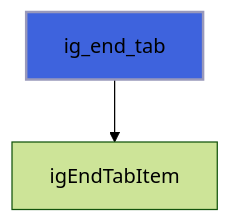
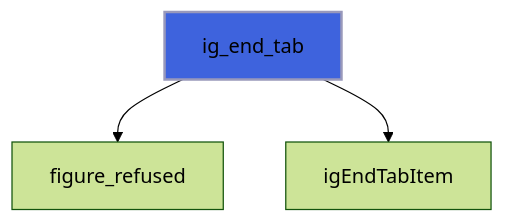
The eighth of 26 diagrams in docs/api/src/lib/figure_group.md (szaghi/figure), drawn with Mermaid (forest theme) before and after one commit. The commit also changed other lines of this file and 10 other files, not shown here.

````diff
--- a/docs/api/src/lib/figure_group.md
+++ b/docs/api/src/lib/figure_group.md
@@ -230,5 +246,6 @@
 ```mermaid
 flowchart TD
+  ig_end_tab["ig_end_tab"] --> figure_refused["figure_refused"]
   ig_end_tab["ig_end_tab"] --> igEndTabItem["igEndTabItem"]
   style ig_end_tab fill:#3e63dd,stroke:#99b,stroke-width:2px
 ```
````
